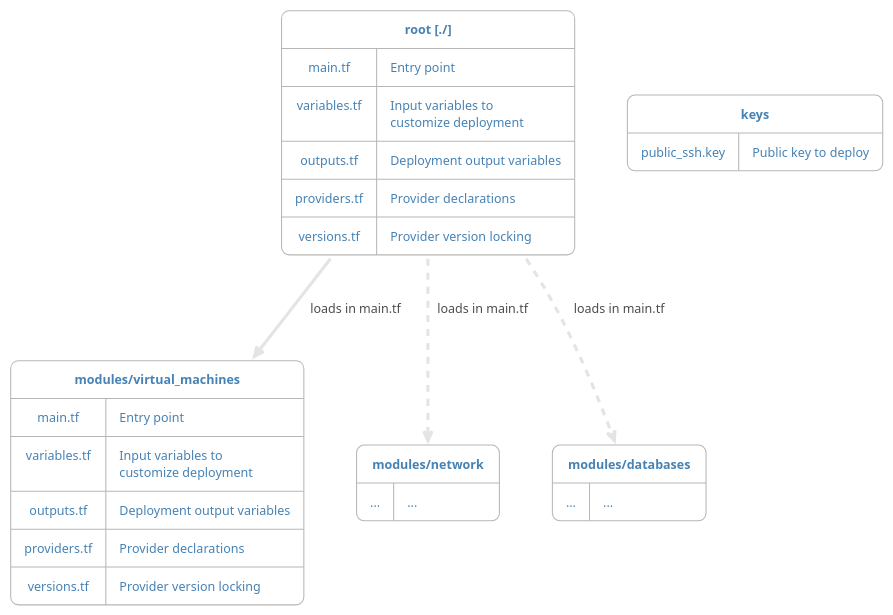
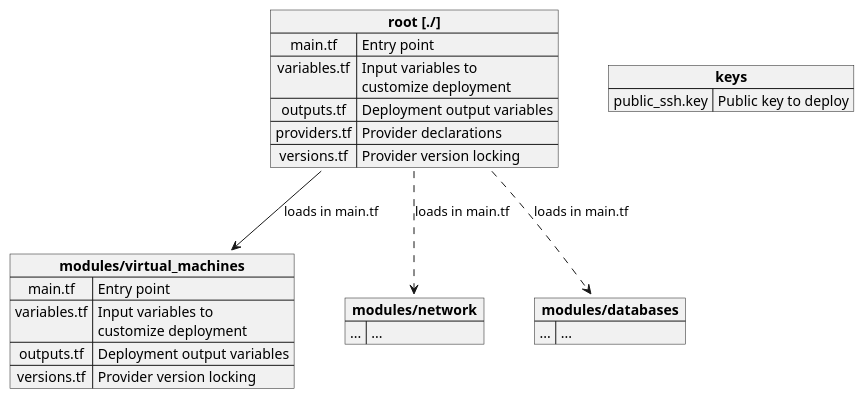
Before and after one commit to adoestos/adoestos: the diagram in Terraform projects structure.md, drawn with PlantUML. The commit also changed other lines of this file and 3 other files, not shown here.

````diff
--- a/Terraform projects structure.md
+++ b/Terraform projects structure.md
@@ -12,35 +12,32 @@
 ```plantuml
-!theme metal
-
 map "**root [./]**" as root {
   main.tf  => Entry point
   variables.tf => Input variables to\ncustomize deployment
   outputs.tf => Deployment output variables
   providers.tf => Provider declarations
   versions.tf => Provider version locking
 }
 
 map "**keys**" as keys {
   public_ssh.key => Public key to deploy
 }
 
 map "**modules/virtual_machines**" as vms {
   main.tf  => Entry point
   variables.tf => Input variables to\ncustomize deployment
   outputs.tf => Deployment output variables
-  providers.tf => Provider declarations
   versions.tf => Provider version locking
 }
 
 map "**modules/network**" as networks {
   ... => ...
 }
 
 map "**modules/databases**" as databases {
   ... => ...
 }
 
 root::main --> vms: loads in main.tf
 root::main ..> networks: loads in main.tf
 root::main ..> databases: loads in main.tf
 ```
````
